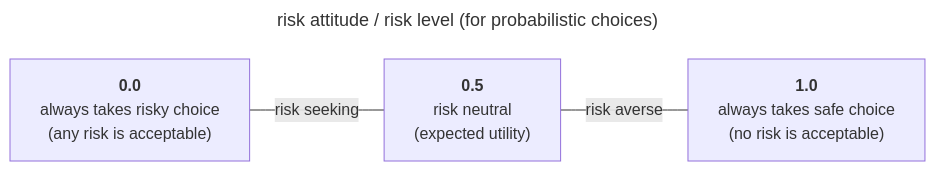
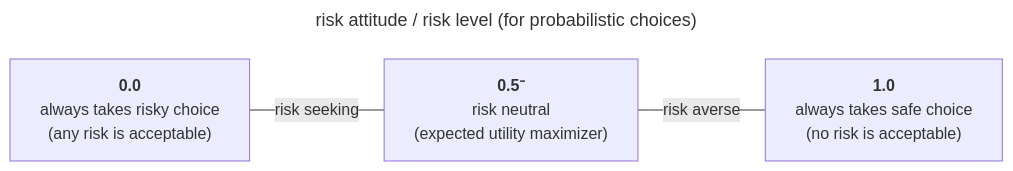
Before and after one commit to Princeton-CDH/simulating-risk: the diagram in README.md, drawn with Mermaid. The commit also changed other lines of this file, not shown here.

Commit message:
Update EU maximizer to 0.5⁻

````diff
--- a/README.md
+++ b/README.md
@@ -11,16 +11,16 @@
 ```mermaid
 ---
 title: risk attitude / risk level (for probabilistic choices)
 ---
 flowchart LR
     r0["<b>0.0</b>
 always takes risky choice
 (any risk is acceptable)"]
-    reu["<b>0.5</b>
+    reu["<b>0.5⁻</b>
 risk neutral
-(expected utility)"]
+(expected utility maximizer)"]
     r1["<b>1.0</b>
 always takes safe choice
 (no risk is acceptable)"]
     r0 ---|risk seeking|reu---|risk averse|r1
 ```
````
